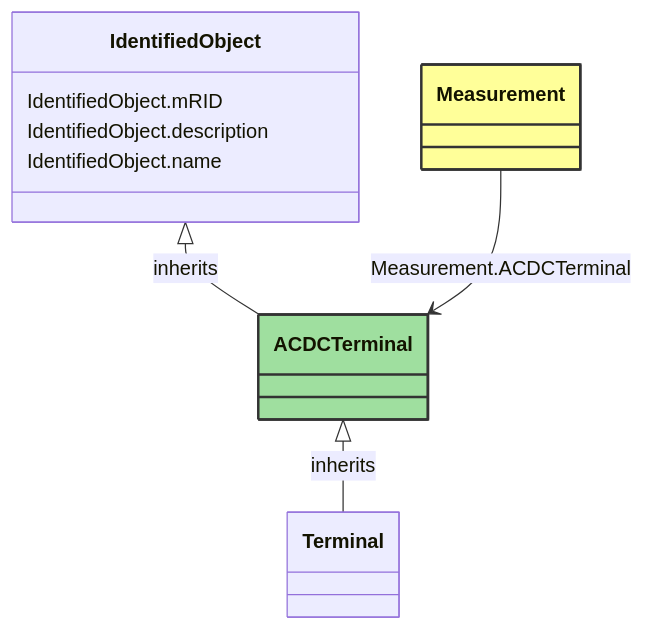
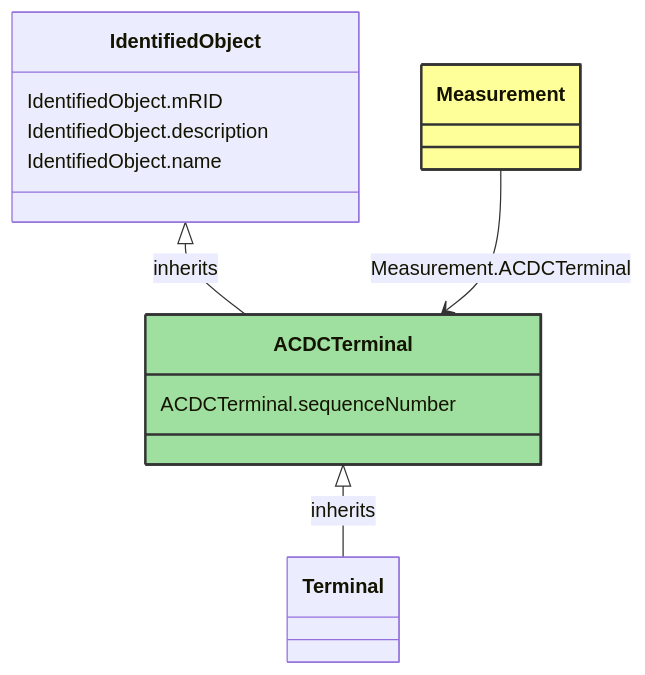
One commit to 3lbits/NoCIMExtensions changed the diagram in docs/WattApp/ACDCTerminal.md. Above: the diagram before and after it, drawn with Mermaid. The commit also changed other lines of this file and 9 other files, not shown here.

````diff
--- a/docs/WattApp/ACDCTerminal.md
+++ b/docs/WattApp/ACDCTerminal.md
@@ -10,30 +10,31 @@
 ```mermaid
 classDiagram
     class ACDCTerminal
     click ACDCTerminal href "/WattApp/ACDCTerminal/"
     style ACDCTerminal fill:#9fdf9f,stroke:#333,stroke-width:2px,rx:10,ry:10
 
         ACDCTerminal <|-- Terminal : inherits
             click ACDCTerminal href "/WattApp/ACDCTerminal/"
             style ACDCTerminal rx:10,ry:10
 
         Terminal
             click Terminal href "/WattApp/Terminal/"
             style Terminal rx:10,ry:10
 
         IdentifiedObject <|-- ACDCTerminal : inherits
             click IdentifiedObject href "/WattApp/IdentifiedObject/"
             style IdentifiedObject rx:10,ry:10
 
 
         Measurement --> ACDCTerminal : Measurement.ACDCTerminal
 
         Measurement
             click Measurement href "/WattApp/Measurement/"
             style Measurement fill:#ffff99,stroke:#333,stroke-width:2px,rx:10,ry:10
 
 
+        ACDCTerminal : ACDCTerminal.sequenceNumber
         IdentifiedObject : IdentifiedObject.mRID
         IdentifiedObject : IdentifiedObject.description
         IdentifiedObject : IdentifiedObject.name
 ```
````
